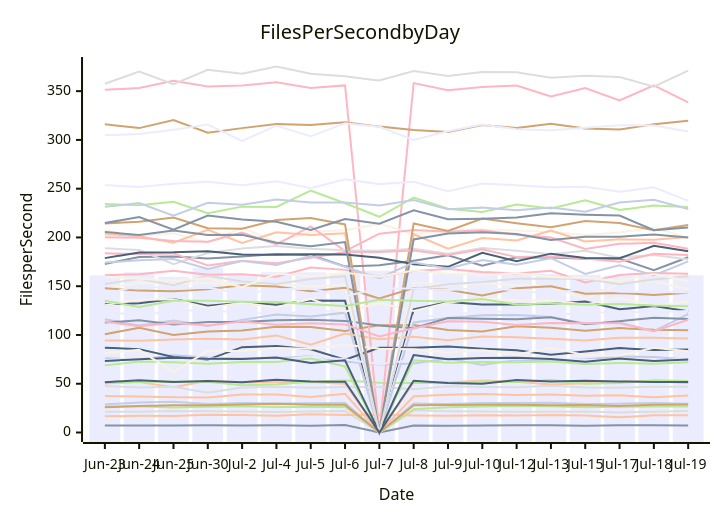
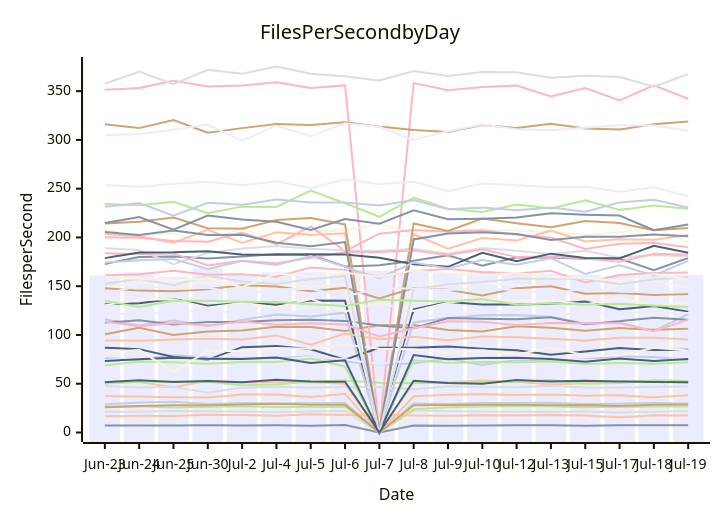
Before and after one commit to streetsidesoftware/cspell: the diagram in perf-report.md, drawn with Mermaid. The commit also changed other lines of this file and 1 other file, not shown here.

````diff
--- a/perf-report.md
+++ b/perf-report.md
@@ -10,57 +10,57 @@
 ```mermaid
 xychart-beta
     title Files Per Second by Day
     y-axis Files per Second
     x-axis Date [Jun-23, Jun-24, Jun-25, Jun-30, Jul-2, Jul-4, Jul-5, Jul-6, Jul-7, Jul-8, Jul-9, Jul-10, Jul-12, Jul-13, Jul-15, Jul-17, Jul-18, Jul-19]
-    bar [161.06, 164.28, 159.75, 168.95, 160.66, 164.38, 164.27, 162.48, 165.90, 164.83, 163.05, 164.68, 163.19, 162.43, 161.66, 160.81, 162.11, 161.15]
-    line [7.12, 7.22, 7.17, 7.37, 7.23, 7.36, 6.99, 7.61, 0.00, 7.24, 7.01, 7.27, 7.49, 7.49, 6.93, 7.35, 7.41, 7.28]
-    line [50.23, 51.87, 46.40, 53.06, 51.19, 51.40, 51.86, 50.10, 0.00, 51.21, 51.39, 53.37, 51.98, 49.24, 50.53, 52.10, 52.76, 50.59]
-    line [21.30, 21.15, 22.00, 21.90, 21.51, 21.13, 21.43, 22.00, 0.00, 22.72, 21.87, 21.57, 21.20, 21.36, 21.51, 20.58, 21.30, 22.00]
-    line [51.73, 51.82, 52.39, 52.00, 48.43, 49.22, 52.34, 53.26, 51.10, 50.86, 50.66, 52.36, 51.79, 53.82, 50.00, 50.85, 53.53, 52.76]
-    line [100.84, 107.27, 100.09, 103.62, 104.63, 108.43, 108.27, 103.96, 110.08, 110.20, 105.06, 103.60, 109.02, 107.38, 104.33, 107.04, 105.42, 104.82]
-    line [76.22, 74.88, 79.14, 76.99, 75.88, 76.09, 78.08, 72.78, 69.82, 70.79, 75.77, 69.10, 74.66, 73.66, 75.08, 77.97, 77.53, 74.91]
-    line [351.35, 353.13, 360.69, 354.83, 355.80, 359.03, 353.22, 355.88, 0.00, 358.26, 350.93, 354.34, 355.82, 344.62, 353.27, 340.52, 356.06, 338.47]
-    line [131.39, 132.60, 136.92, 129.95, 133.16, 130.87, 135.23, 135.13, 0.00, 126.22, 133.87, 131.35, 131.34, 131.95, 134.40, 126.35, 129.62, 124.43]
-    line [207.28, 201.26, 204.34, 194.65, 210.00, 194.85, 205.89, 207.36, 213.92, 203.52, 207.94, 208.03, 207.20, 205.62, 202.63, 205.11, 209.83, 199.54]
-    line [124.29, 119.55, 125.16, 125.39, 122.70, 121.73, 124.30, 123.97, 0.00, 119.80, 118.70, 125.49, 121.97, 119.76, 122.93, 123.39, 123.52, 124.56]
-    line [172.84, 180.05, 180.38, 178.52, 180.47, 182.90, 182.10, 170.31, 171.39, 176.15, 181.65, 170.98, 179.72, 179.37, 178.07, 178.35, 166.36, 179.74]
-    line [203.46, 201.26, 194.60, 207.89, 194.40, 205.29, 202.49, 204.26, 0.00, 203.31, 188.55, 199.47, 196.87, 207.15, 195.83, 198.09, 197.68, 200.49]
-    line [47.61, 46.18, 46.86, 40.79, 46.17, 47.03, 45.86, 46.70, 46.74, 44.23, 47.36, 46.58, 46.27, 47.99, 46.18, 45.89, 46.88, 46.92]
-    line [26.60, 26.95, 25.71, 26.35, 26.84, 26.11, 26.06, 26.52, 0.00, 23.76, 25.86, 26.61, 27.13, 26.83, 25.90, 26.40, 26.69, 26.60]
-    line [316.02, 312.10, 320.45, 307.34, 312.08, 316.35, 315.20, 318.22, 313.66, 310.11, 308.24, 315.35, 312.26, 316.54, 311.74, 310.63, 315.98, 319.57]
-    line [116.01, 109.65, 114.81, 109.29, 115.47, 121.09, 119.06, 122.86, 0.00, 112.77, 117.49, 120.30, 120.41, 118.48, 111.84, 112.66, 103.82, 121.38]
-    line [200.19, 199.73, 196.39, 195.67, 205.11, 192.90, 211.35, 185.93, 203.88, 207.58, 205.87, 207.35, 202.66, 199.84, 188.27, 193.42, 194.63, 188.48]
-    line [86.88, 85.49, 77.34, 74.76, 87.51, 88.59, 85.26, 74.62, 86.95, 86.80, 88.24, 86.00, 84.39, 79.74, 83.17, 86.61, 84.55, 85.08]
-    line [130.59, 136.24, 136.67, 127.99, 132.91, 128.52, 136.97, 123.97, 132.77, 124.67, 133.15, 137.66, 135.26, 135.39, 131.25, 137.83, 130.35, 134.04]
-    line [74.26, 76.13, 73.45, 76.23, 74.07, 74.35, 77.62, 75.07, 70.03, 74.46, 78.13, 73.01, 75.98, 75.26, 74.39, 74.57, 72.87, 76.74]
-    line [112.71, 115.12, 110.67, 113.20, 113.18, 115.07, 115.63, 114.45, 109.79, 106.87, 117.37, 116.66, 116.21, 118.14, 111.02, 114.16, 117.75, 116.35]
-    line [94.35, 94.02, 95.44, 96.15, 95.34, 99.55, 90.07, 101.41, 95.54, 98.21, 94.52, 98.50, 97.78, 96.17, 94.33, 97.04, 97.24, 96.41]
-    line [188.80, 187.17, 172.53, 184.06, 188.67, 191.18, 188.53, 186.82, 186.30, 188.38, 183.25, 189.14, 186.31, 182.67, 186.39, 179.31, 182.07, 177.30]
-    line [234.34, 233.01, 236.58, 224.78, 231.59, 231.28, 247.94, 235.03, 221.17, 240.95, 229.51, 226.18, 233.66, 229.73, 238.10, 228.16, 232.72, 231.14]
-    line [214.37, 216.02, 220.47, 209.37, 208.94, 217.94, 219.88, 213.33, 0.00, 214.36, 206.61, 219.33, 214.62, 210.58, 216.81, 214.69, 207.39, 212.74]
-    line [28.80, 30.64, 31.41, 29.25, 30.37, 29.62, 29.89, 30.35, 0.00, 29.68, 29.34, 30.24, 30.35, 30.53, 29.15, 29.59, 30.29, 29.59]
-    line [183.71, 182.95, 183.62, 171.28, 176.05, 173.54, 179.14, 185.15, 184.99, 186.71, 181.92, 187.82, 179.82, 180.43, 178.37, 174.98, 183.26, 181.92]
-    line [178.80, 184.67, 184.84, 185.79, 182.56, 182.17, 182.82, 182.50, 179.12, 172.62, 169.88, 184.28, 175.71, 183.39, 178.90, 178.60, 191.51, 185.89]
-    line [147.83, 153.51, 152.15, 153.26, 150.82, 152.56, 149.61, 151.37, 0.00, 153.34, 151.79, 153.10, 150.91, 149.71, 136.98, 153.14, 154.96, 146.90]
-    line [304.83, 306.07, 310.41, 315.81, 298.93, 314.56, 303.69, 317.11, 313.48, 300.01, 308.91, 315.76, 310.85, 309.84, 312.53, 315.03, 314.69, 308.56]
-    line [214.79, 220.92, 207.92, 222.39, 218.49, 216.06, 207.77, 218.95, 214.11, 227.80, 218.56, 219.23, 220.42, 224.78, 223.29, 222.43, 207.49, 210.18]
-    line [16.59, 17.11, 17.00, 18.16, 17.94, 17.30, 18.64, 18.07, 18.36, 17.45, 17.16, 17.77, 17.48, 17.96, 17.52, 15.60, 17.77, 17.56]
-    line [357.60, 370.08, 357.07, 371.96, 367.90, 375.27, 367.85, 365.20, 360.83, 370.59, 365.59, 369.56, 369.35, 363.79, 365.85, 364.51, 354.54, 370.95]
-    line [68.82, 72.77, 72.13, 70.38, 72.17, 72.40, 75.76, 67.72, 0.00, 74.05, 71.58, 72.37, 72.08, 72.80, 70.30, 71.38, 70.52, 72.05]
-    line [147.78, 145.47, 144.87, 146.87, 151.06, 149.73, 144.88, 148.36, 137.35, 148.23, 146.43, 140.41, 147.84, 149.86, 142.29, 143.07, 141.02, 143.39]
-    line [231.36, 235.26, 222.40, 235.59, 233.45, 238.97, 235.75, 235.89, 232.86, 238.48, 229.00, 230.57, 227.85, 230.59, 226.26, 235.84, 238.63, 229.09]
-    line [161.29, 162.24, 165.87, 161.72, 162.26, 159.82, 169.05, 166.75, 159.60, 165.64, 167.61, 164.48, 163.07, 165.84, 153.93, 161.48, 163.65, 162.77]
-    line [73.34, 75.14, 76.59, 75.51, 75.45, 76.79, 71.21, 73.99, 0.00, 79.33, 75.23, 76.27, 76.63, 75.41, 72.48, 75.77, 73.22, 74.85]
-    line [81.29, 84.76, 61.88, 83.73, 83.48, 86.69, 85.83, 89.91, 85.92, 85.41, 81.93, 84.31, 79.99, 86.85, 79.35, 78.74, 86.89, 83.20]
-    line [253.77, 251.67, 255.05, 257.07, 253.64, 257.67, 250.47, 259.54, 254.67, 257.07, 247.35, 255.25, 253.55, 251.59, 252.00, 246.87, 251.37, 237.52]
-    line [205.60, 202.43, 207.02, 202.54, 202.72, 194.67, 190.86, 195.33, 0.00, 197.97, 203.94, 205.22, 203.61, 197.40, 200.74, 200.72, 202.94, 200.02]
-    line [37.48, 36.99, 36.10, 35.86, 38.94, 38.99, 36.38, 39.71, 0.00, 37.09, 38.73, 39.43, 38.35, 38.90, 37.77, 38.11, 36.22, 37.92]
-    line [152.29, 157.67, 151.07, 160.69, 154.94, 152.23, 157.47, 160.32, 0.00, 147.14, 152.12, 154.25, 157.55, 157.57, 157.54, 152.05, 156.89, 160.22]
-    line [135.01, 128.78, 135.00, 135.05, 134.05, 133.73, 131.56, 129.78, 136.12, 135.18, 134.44, 136.88, 131.27, 132.43, 131.04, 131.83, 130.19, 129.34]
-    line [25.82, 27.29, 28.03, 27.82, 28.74, 29.48, 28.36, 28.34, 0.00, 27.98, 28.10, 28.43, 28.38, 28.02, 28.20, 27.23, 28.58, 28.74]
-    line [174.24, 176.57, 177.80, 167.68, 175.75, 171.75, 180.95, 169.97, 158.13, 174.21, 168.28, 176.77, 172.02, 178.72, 162.59, 171.56, 160.94, 175.43]
-    line [113.71, 108.86, 112.34, 109.73, 113.68, 110.37, 111.97, 110.64, 98.54, 106.95, 114.12, 113.53, 110.15, 112.38, 111.90, 112.10, 103.78, 115.65]
-    line [51.44, 53.68, 51.84, 52.69, 51.50, 53.98, 52.25, 52.09, 0.00, 53.03, 50.88, 50.01, 53.83, 52.41, 53.08, 52.40, 51.77, 51.86]
-    line [159.81, 157.56, 155.70, 158.25, 148.90, 163.02, 160.27, 163.84, 159.78, 166.09, 162.99, 161.12, 163.50, 159.47, 158.31, 155.54, 162.49, 155.11]
-    line [141.81, 150.65, 147.20, 148.34, 142.33, 146.88, 147.38, 139.67, 147.57, 147.61, 146.15, 148.02, 145.81, 141.78, 148.18, 144.29, 144.20, 143.51]
+    bar [161.06, 164.28, 159.75, 168.95, 160.66, 164.38, 164.27, 162.48, 165.90, 164.83, 163.05, 164.68, 163.19, 162.43, 161.66, 160.81, 162.11, 161.84]
+    line [7.12, 7.22, 7.17, 7.37, 7.23, 7.36, 6.99, 7.61, 0.00, 7.24, 7.01, 7.27, 7.49, 7.49, 6.93, 7.35, 7.41, 7.37]
+    line [50.23, 51.87, 46.40, 53.06, 51.19, 51.40, 51.86, 50.10, 0.00, 51.21, 51.39, 53.37, 51.98, 49.24, 50.53, 52.10, 52.76, 50.90]
+    line [21.30, 21.15, 22.00, 21.90, 21.51, 21.13, 21.43, 22.00, 0.00, 22.72, 21.87, 21.57, 21.20, 21.36, 21.51, 20.58, 21.30, 22.11]
+    line [51.73, 51.82, 52.39, 52.00, 48.43, 49.22, 52.34, 53.26, 51.10, 50.86, 50.66, 52.36, 51.79, 53.82, 50.00, 50.85, 53.53, 52.74]
+    line [100.84, 107.27, 100.09, 103.62, 104.63, 108.43, 108.27, 103.96, 110.08, 110.20, 105.06, 103.60, 109.02, 107.38, 104.33, 107.04, 105.42, 106.29]
+    line [76.22, 74.88, 79.14, 76.99, 75.88, 76.09, 78.08, 72.78, 69.82, 70.79, 75.77, 69.10, 74.66, 73.66, 75.08, 77.97, 77.53, 74.71]
+    line [351.35, 353.13, 360.69, 354.83, 355.80, 359.03, 353.22, 355.88, 0.00, 358.26, 350.93, 354.34, 355.82, 344.62, 353.27, 340.52, 356.06, 342.17]
+    line [131.39, 132.60, 136.92, 129.95, 133.16, 130.87, 135.23, 135.13, 0.00, 126.22, 133.87, 131.35, 131.34, 131.95, 134.40, 126.35, 129.62, 123.94]
+    line [207.28, 201.26, 204.34, 194.65, 210.00, 194.85, 205.89, 207.36, 213.92, 203.52, 207.94, 208.03, 207.20, 205.62, 202.63, 205.11, 209.83, 195.29]
+    line [124.29, 119.55, 125.16, 125.39, 122.70, 121.73, 124.30, 123.97, 0.00, 119.80, 118.70, 125.49, 121.97, 119.76, 122.93, 123.39, 123.52, 122.50]
+    line [172.84, 180.05, 180.38, 178.52, 180.47, 182.90, 182.10, 170.31, 171.39, 176.15, 181.65, 170.98, 179.72, 179.37, 178.07, 178.35, 166.36, 178.93]
+    line [203.46, 201.26, 194.60, 207.89, 194.40, 205.29, 202.49, 204.26, 0.00, 203.31, 188.55, 199.47, 196.87, 207.15, 195.83, 198.09, 197.68, 202.46]
+    line [47.61, 46.18, 46.86, 40.79, 46.17, 47.03, 45.86, 46.70, 46.74, 44.23, 47.36, 46.58, 46.27, 47.99, 46.18, 45.89, 46.88, 47.07]
+    line [26.60, 26.95, 25.71, 26.35, 26.84, 26.11, 26.06, 26.52, 0.00, 23.76, 25.86, 26.61, 27.13, 26.83, 25.90, 26.40, 26.69, 26.69]
+    line [316.02, 312.10, 320.45, 307.34, 312.08, 316.35, 315.20, 318.22, 313.66, 310.11, 308.24, 315.35, 312.26, 316.54, 311.74, 310.63, 315.98, 318.90]
+    line [116.01, 109.65, 114.81, 109.29, 115.47, 121.09, 119.06, 122.86, 0.00, 112.77, 117.49, 120.30, 120.41, 118.48, 111.84, 112.66, 103.82, 121.34]
+    line [200.19, 199.73, 196.39, 195.67, 205.11, 192.90, 211.35, 185.93, 203.88, 207.58, 205.87, 207.35, 202.66, 199.84, 188.27, 193.42, 194.63, 189.88]
+    line [86.88, 85.49, 77.34, 74.76, 87.51, 88.59, 85.26, 74.62, 86.95, 86.80, 88.24, 86.00, 84.39, 79.74, 83.17, 86.61, 84.55, 84.90]
+    line [130.59, 136.24, 136.67, 127.99, 132.91, 128.52, 136.97, 123.97, 132.77, 124.67, 133.15, 137.66, 135.26, 135.39, 131.25, 137.83, 130.35, 133.27]
+    line [74.26, 76.13, 73.45, 76.23, 74.07, 74.35, 77.62, 75.07, 70.03, 74.46, 78.13, 73.01, 75.98, 75.26, 74.39, 74.57, 72.87, 76.78]
+    line [112.71, 115.12, 110.67, 113.20, 113.18, 115.07, 115.63, 114.45, 109.79, 106.87, 117.37, 116.66, 116.21, 118.14, 111.02, 114.16, 117.75, 115.55]
+    line [94.35, 94.02, 95.44, 96.15, 95.34, 99.55, 90.07, 101.41, 95.54, 98.21, 94.52, 98.50, 97.78, 96.17, 94.33, 97.04, 97.24, 95.36]
+    line [188.80, 187.17, 172.53, 184.06, 188.67, 191.18, 188.53, 186.82, 186.30, 188.38, 183.25, 189.14, 186.31, 182.67, 186.39, 179.31, 182.07, 180.50]
+    line [234.34, 233.01, 236.58, 224.78, 231.59, 231.28, 247.94, 235.03, 221.17, 240.95, 229.51, 226.18, 233.66, 229.73, 238.10, 228.16, 232.72, 229.50]
+    line [214.37, 216.02, 220.47, 209.37, 208.94, 217.94, 219.88, 213.33, 0.00, 214.36, 206.61, 219.33, 214.62, 210.58, 216.81, 214.69, 207.39, 209.64]
+    line [28.80, 30.64, 31.41, 29.25, 30.37, 29.62, 29.89, 30.35, 0.00, 29.68, 29.34, 30.24, 30.35, 30.53, 29.15, 29.59, 30.29, 29.80]
+    line [183.71, 182.95, 183.62, 171.28, 176.05, 173.54, 179.14, 185.15, 184.99, 186.71, 181.92, 187.82, 179.82, 180.43, 178.37, 174.98, 183.26, 182.34]
+    line [178.80, 184.67, 184.84, 185.79, 182.56, 182.17, 182.82, 182.50, 179.12, 172.62, 169.88, 184.28, 175.71, 183.39, 178.90, 178.60, 191.51, 184.28]
+    line [147.83, 153.51, 152.15, 153.26, 150.82, 152.56, 149.61, 151.37, 0.00, 153.34, 151.79, 153.10, 150.91, 149.71, 136.98, 153.14, 154.96, 148.59]
+    line [304.83, 306.07, 310.41, 315.81, 298.93, 314.56, 303.69, 317.11, 313.48, 300.01, 308.91, 315.76, 310.85, 309.84, 312.53, 315.03, 314.69, 309.28]
+    line [214.79, 220.92, 207.92, 222.39, 218.49, 216.06, 207.77, 218.95, 214.11, 227.80, 218.56, 219.23, 220.42, 224.78, 223.29, 222.43, 207.49, 213.31]
+    line [16.59, 17.11, 17.00, 18.16, 17.94, 17.30, 18.64, 18.07, 18.36, 17.45, 17.16, 17.77, 17.48, 17.96, 17.52, 15.60, 17.77, 17.37]
+    line [357.60, 370.08, 357.07, 371.96, 367.90, 375.27, 367.85, 365.20, 360.83, 370.59, 365.59, 369.56, 369.35, 363.79, 365.85, 364.51, 354.54, 367.51]
+    line [68.82, 72.77, 72.13, 70.38, 72.17, 72.40, 75.76, 67.72, 0.00, 74.05, 71.58, 72.37, 72.08, 72.80, 70.30, 71.38, 70.52, 71.91]
+    line [147.78, 145.47, 144.87, 146.87, 151.06, 149.73, 144.88, 148.36, 137.35, 148.23, 146.43, 140.41, 147.84, 149.86, 142.29, 143.07, 141.02, 141.88]
+    line [231.36, 235.26, 222.40, 235.59, 233.45, 238.97, 235.75, 235.89, 232.86, 238.48, 229.00, 230.57, 227.85, 230.59, 226.26, 235.84, 238.63, 230.77]
+    line [161.29, 162.24, 165.87, 161.72, 162.26, 159.82, 169.05, 166.75, 159.60, 165.64, 167.61, 164.48, 163.07, 165.84, 153.93, 161.48, 163.65, 164.17]
+    line [73.34, 75.14, 76.59, 75.51, 75.45, 76.79, 71.21, 73.99, 0.00, 79.33, 75.23, 76.27, 76.63, 75.41, 72.48, 75.77, 73.22, 75.27]
+    line [81.29, 84.76, 61.88, 83.73, 83.48, 86.69, 85.83, 89.91, 85.92, 85.41, 81.93, 84.31, 79.99, 86.85, 79.35, 78.74, 86.89, 84.04]
+    line [253.77, 251.67, 255.05, 257.07, 253.64, 257.67, 250.47, 259.54, 254.67, 257.07, 247.35, 255.25, 253.55, 251.59, 252.00, 246.87, 251.37, 242.23]
+    line [205.60, 202.43, 207.02, 202.54, 202.72, 194.67, 190.86, 195.33, 0.00, 197.97, 203.94, 205.22, 203.61, 197.40, 200.74, 200.72, 202.94, 201.33]
+    line [37.48, 36.99, 36.10, 35.86, 38.94, 38.99, 36.38, 39.71, 0.00, 37.09, 38.73, 39.43, 38.35, 38.90, 37.77, 38.11, 36.22, 38.30]
+    line [152.29, 157.67, 151.07, 160.69, 154.94, 152.23, 157.47, 160.32, 0.00, 147.14, 152.12, 154.25, 157.55, 157.57, 157.54, 152.05, 156.89, 159.06]
+    line [135.01, 128.78, 135.00, 135.05, 134.05, 133.73, 131.56, 129.78, 136.12, 135.18, 134.44, 136.88, 131.27, 132.43, 131.04, 131.83, 130.19, 128.60]
+    line [25.82, 27.29, 28.03, 27.82, 28.74, 29.48, 28.36, 28.34, 0.00, 27.98, 28.10, 28.43, 28.38, 28.02, 28.20, 27.23, 28.58, 28.61]
+    line [174.24, 176.57, 177.80, 167.68, 175.75, 171.75, 180.95, 169.97, 158.13, 174.21, 168.28, 176.77, 172.02, 178.72, 162.59, 171.56, 160.94, 175.94]
+    line [113.71, 108.86, 112.34, 109.73, 113.68, 110.37, 111.97, 110.64, 98.54, 106.95, 114.12, 113.53, 110.15, 112.38, 111.90, 112.10, 103.78, 115.70]
+    line [51.44, 53.68, 51.84, 52.69, 51.50, 53.98, 52.25, 52.09, 0.00, 53.03, 50.88, 50.01, 53.83, 52.41, 53.08, 52.40, 51.77, 51.58]
+    line [159.81, 157.56, 155.70, 158.25, 148.90, 163.02, 160.27, 163.84, 159.78, 166.09, 162.99, 161.12, 163.50, 159.47, 158.31, 155.54, 162.49, 156.66]
+    line [141.81, 150.65, 147.20, 148.34, 142.33, 146.88, 147.38, 139.67, 147.57, 147.61, 146.15, 148.02, 145.81, 141.78, 148.18, 144.29, 144.20, 144.56]
 ```
````
